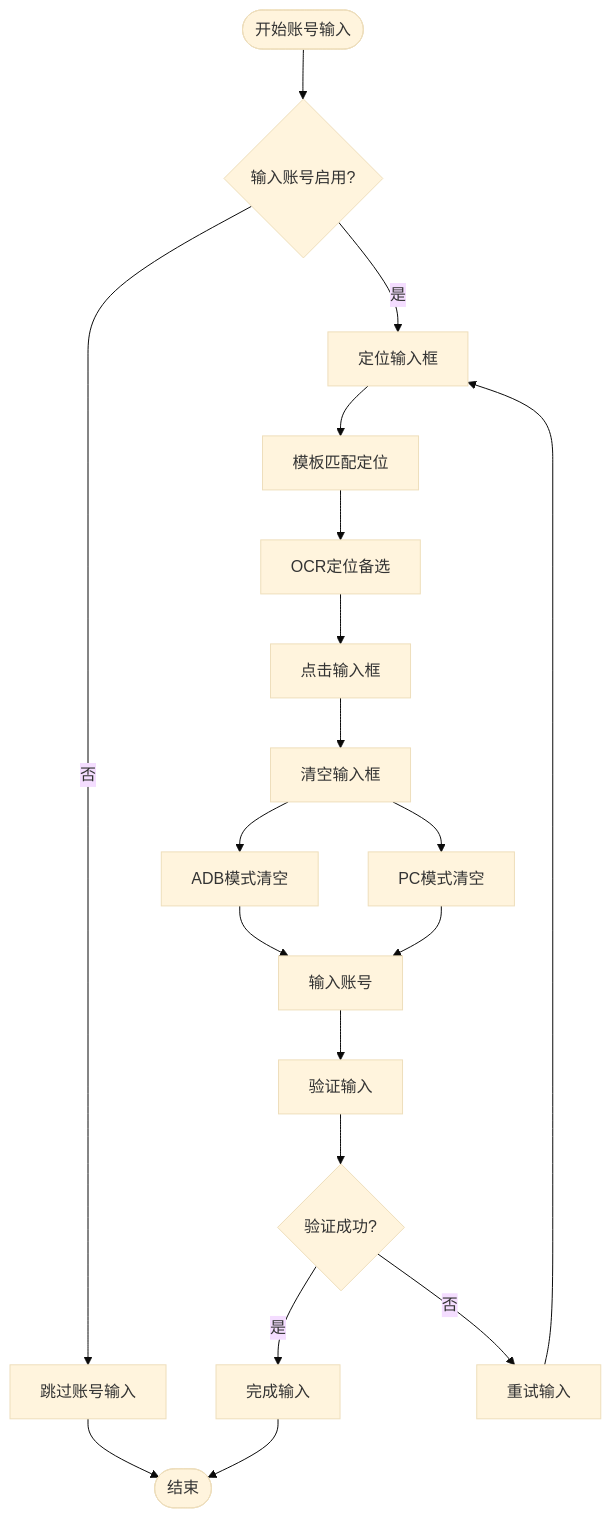
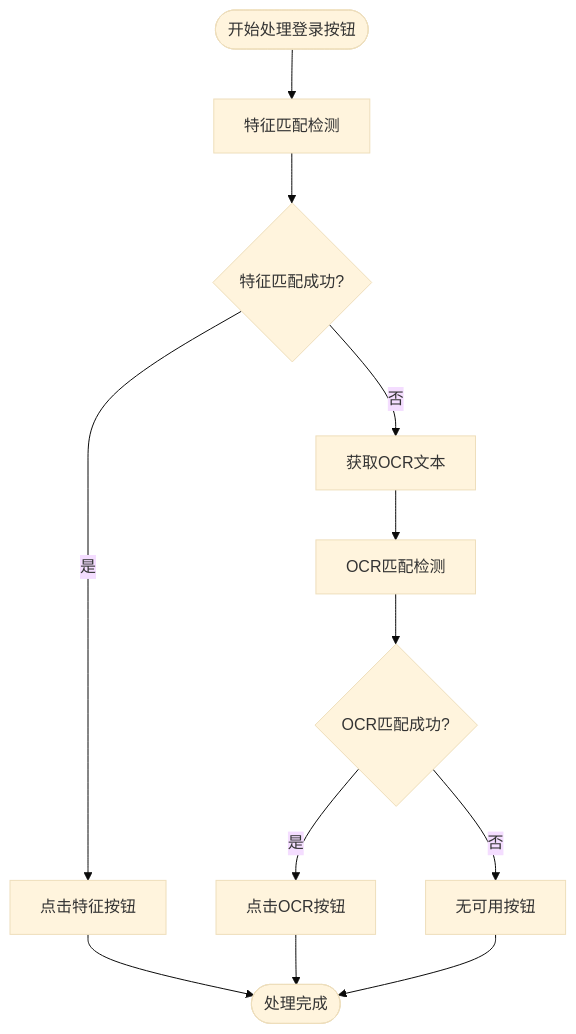
The fourth of 8 diagrams in .qoder/repowiki/zh/content/任务系统/自动登录任务.md (xsy098-max/ok-jump), drawn with Mermaid (base theme) before and after one commit. The commit also changed other lines of this file and 216 other files, not shown here.

````diff
--- a/.qoder/repowiki/zh/content/任务系统/自动登录任务.md
+++ b/.qoder/repowiki/zh/content/任务系统/自动登录任务.md
@@ -354,21 +174,14 @@
 ```mermaid
 flowchart TD
-Start([开始账号输入]) --> CheckEnabled{输入账号启用?}
-CheckEnabled --> |否| SkipInput[跳过账号输入]
-CheckEnabled --> |是| LocateBox[定位输入框]
-LocateBox --> TemplateMatch[模板匹配定位]
-TemplateMatch --> OCRMatch[OCR定位备选]
-OCRMatch --> ClickBox[点击输入框]
-ClickBox --> ClearInput[清空输入框]
-ClearInput --> ADBClear[ADB模式清空]
-ClearInput --> PCClear[PC模式清空]
-ADBClear --> InputText[输入账号]
-PCClear --> InputText
-InputText --> VerifyInput[验证输入]
-VerifyInput --> Success{验证成功?}
-Success --> |是| Complete[完成输入]
-Success --> |否| Retry[重试输入]
-Retry --> LocateBox
-SkipInput --> End([结束])
-Complete --> End
+Start([开始处理登录按钮]) --> CheckFeature["特征匹配检测"]
+CheckFeature --> FeatureFound{"特征匹配成功?"}
+FeatureFound --> |是| ClickFeature["点击特征按钮"]
+FeatureFound --> |否| GetOCR["获取OCR文本"]
+GetOCR --> CheckOCR["OCR匹配检测"]
+CheckOCR --> OCRFound{"OCR匹配成功?"}
+OCRFound --> |是| ClickOCR["点击OCR按钮"]
+OCRFound --> |否| NoAction["无可用按钮"]
+ClickFeature --> End([处理完成])
+ClickOCR --> End
+NoAction --> End
 ```
````
